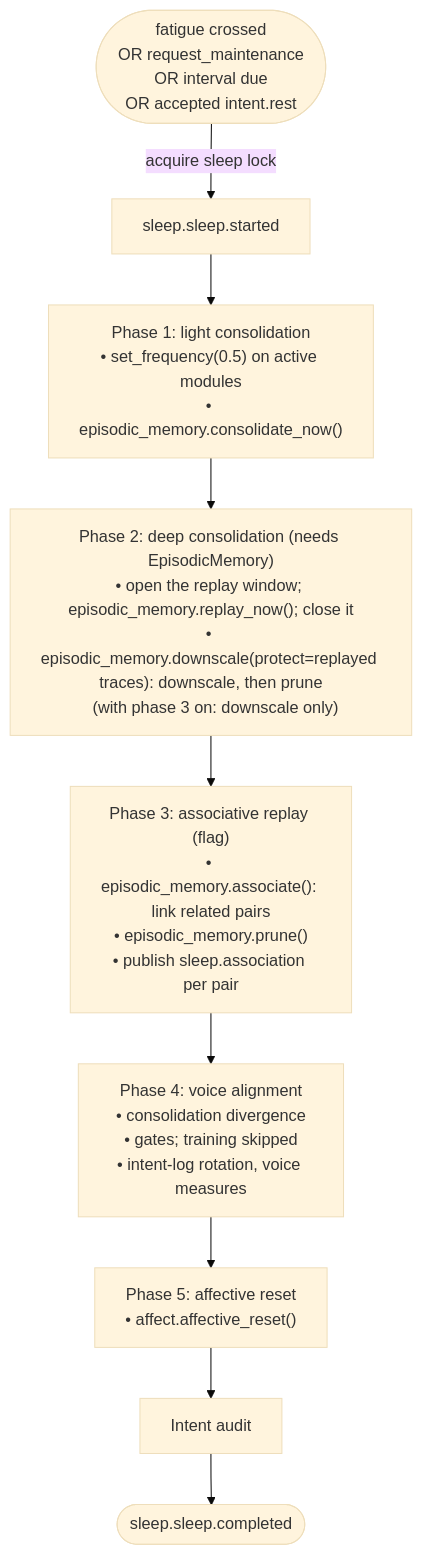
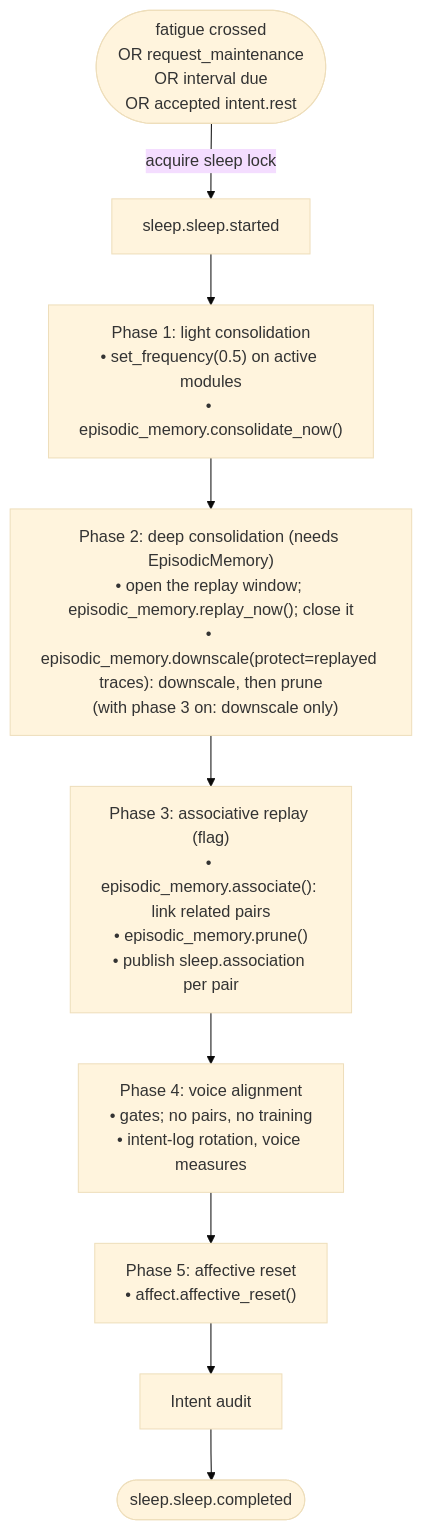
One commit to kaineone/kaine changed the diagram in docs/09-modules/sleep.md. Above: the diagram before and after it, drawn with Mermaid (base theme). The commit also changed other lines of this file and 40 other files, not shown here.

First line of the commit message:
voice-adaptation-idle: no preference pairs and no organ-level divergence without a validated source

````diff
--- a/docs/09-modules/sleep.md
+++ b/docs/09-modules/sleep.md
@@ -47,16 +47,16 @@
 ```mermaid
 flowchart TD
     S([fatigue crossed\nOR request_maintenance\nOR interval due\nOR accepted intent.rest]) -->|acquire sleep lock| ST[sleep.sleep.started]
     ST --> P1
     P1["Phase 1: light consolidation\n• set_frequency(0.5) on active modules\n• episodic_memory.consolidate_now()"]
     P1 --> P2
     P2["Phase 2: deep consolidation (needs EpisodicMemory)\n• open the replay window; episodic_memory.replay_now(); close it\n• episodic_memory.downscale(protect=replayed traces): downscale, then prune\n  (with phase 3 on: downscale only)"]
     P2 --> P3
     P3["Phase 3: associative replay (flag)\n• episodic_memory.associate(): link related pairs\n• episodic_memory.prune()\n• publish sleep.association per pair"]
     P3 --> P4
-    P4["Phase 4: voice alignment\n• consolidation divergence\n• gates; training skipped\n• intent-log rotation, voice measures"]
+    P4["Phase 4: voice alignment\n• gates; no pairs, no training\n• intent-log rotation, voice measures"]
     P4 --> P5
     P5["Phase 5: affective reset\n• affect.affective_reset()"]
     P5 --> R[Intent audit]
     R --> E([sleep.sleep.completed])
 ```
````
